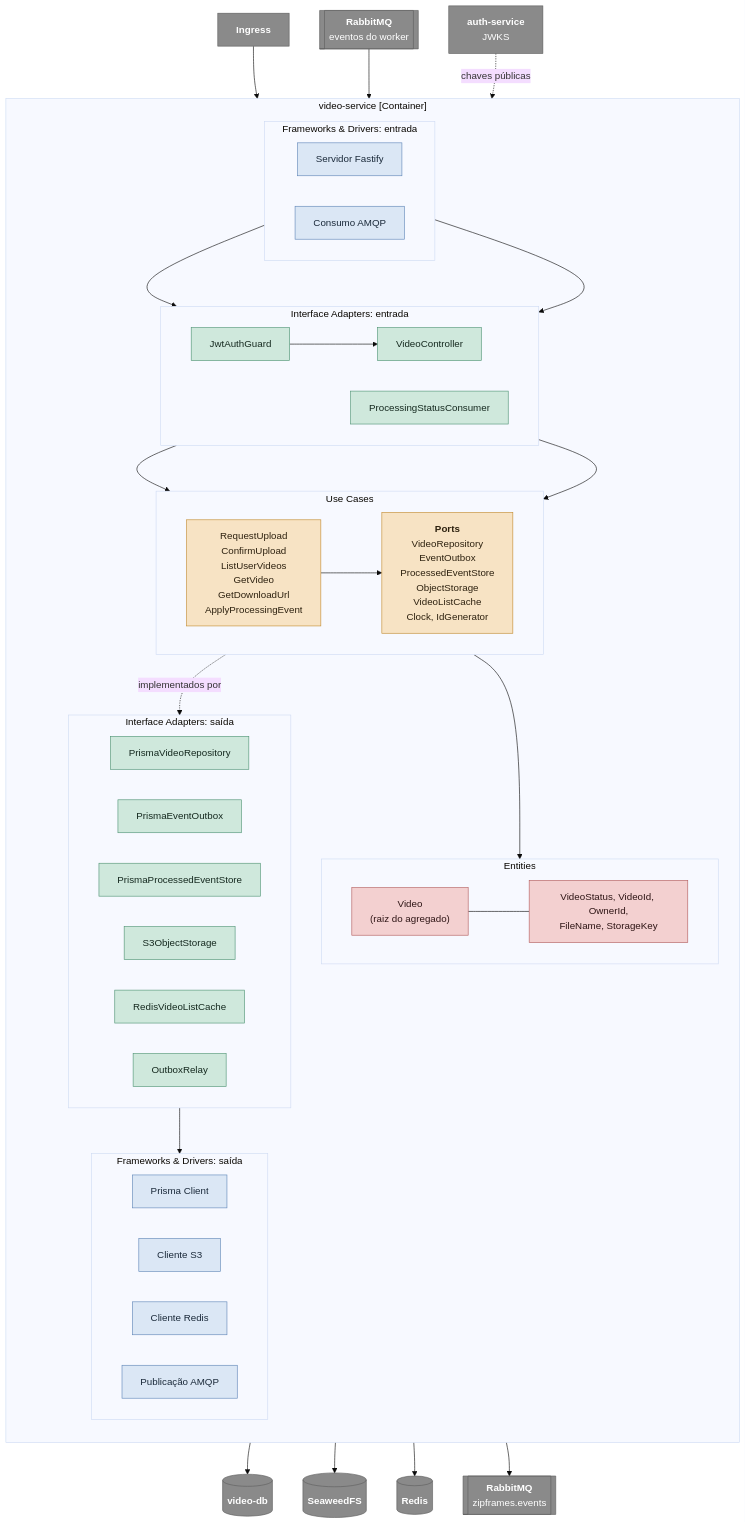
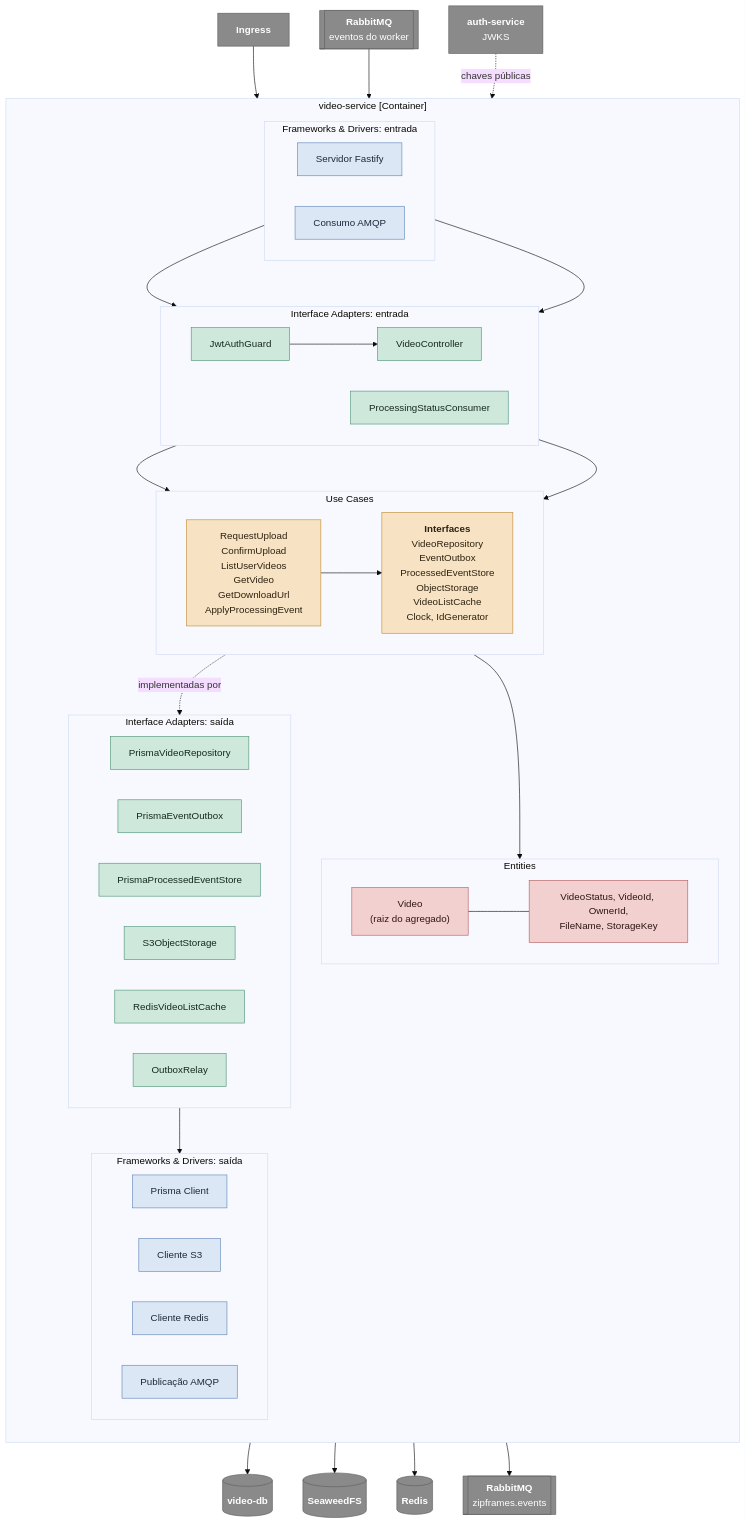
Before and after one commit to knzt/zipframes: the diagram in docs/domain/c4/03-componentes-video-service.md, drawn with Mermaid (base theme). The commit also changed other lines of this file and 70 other files, not shown here.

Commit message:
refactor: align clean architecture, health, and service ci

````diff
--- a/docs/domain/c4/03-componentes-video-service.md
+++ b/docs/domain/c4/03-componentes-video-service.md
@@ -27,7 +27,7 @@
     subgraph app["Use Cases"]
       direction LR
       uc["RequestUpload<br/>ConfirmUpload<br/>ListUserVideos<br/>GetVideo<br/>GetDownloadUrl<br/>ApplyProcessingEvent"]
-      ports["<b>Ports</b><br/>VideoRepository<br/>EventOutbox<br/>ProcessedEventStore<br/>ObjectStorage<br/>VideoListCache<br/>Clock, IdGenerator"]
+      interfaces["<b>Interfaces</b><br/>VideoRepository<br/>EventOutbox<br/>ProcessedEventStore<br/>ObjectStorage<br/>VideoListCache<br/>Clock, IdGenerator"]
     end
 
     subgraph dom["Entities"]
@@ -70,8 +70,8 @@
   consumer --> uc
   uc --> video
   video --- vos
-  uc --> ports
-  ports -. "implementados por" .-> adout
+  uc --> interfaces
+  interfaces -. "implementadas por" .-> adout
   adout --> fwout
   prismaclient --> db
   s3client --> storage
@@ -86,6 +86,6 @@
   class ingress,authsvc,brokerin,db,storage,cache,brokerout ext
   class fastify,amqpin,prismaclient,s3client,redisclient,amqpout fwc
   class guard,ctrl,consumer,repo,outbox,inbox,objstore,listcache,relay adc
-  class uc,ports appc
+  class uc,interfaces appc
   class video,vos domc
 ```
````
